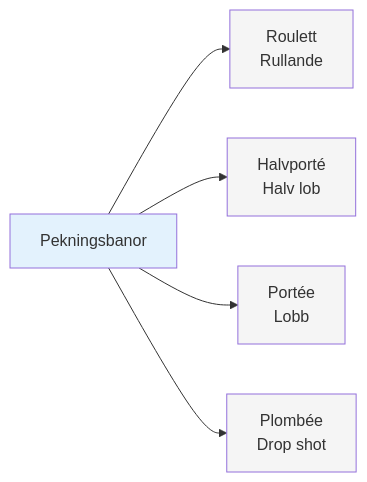
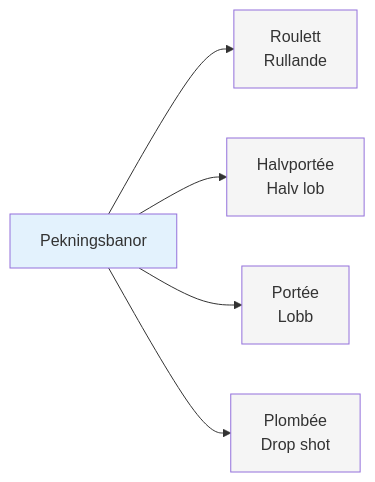
Before and after one commit to patwii/petanque-academy: the second of 6 diagrams in docs/sv/technical/throws.md, drawn with Mermaid. The commit also changed other lines of this file and 532 other files, not shown here.

````diff
--- a/docs/sv/technical/throws.md
+++ b/docs/sv/technical/throws.md
@@ -33,13 +33,13 @@
 ```mermaid
 graph LR
     A[Pekningsbanor] --> B[Roulett <br/> Rullande]
-    A --> C[Halvporté <br/> Halv lob]
+    A --> C[Halvportée <br/> Halv lob]
     A --> D[Portée <br/> Lobb]
     A --> E[Plombée <br/> Drop shot]
 
     style A fill:#e3f2fd
     style B fill:#f5f5f5
     style C fill:#f5f5f5
     style D fill:#f5f5f5
     style E fill:#f5f5f5
 ```
````
